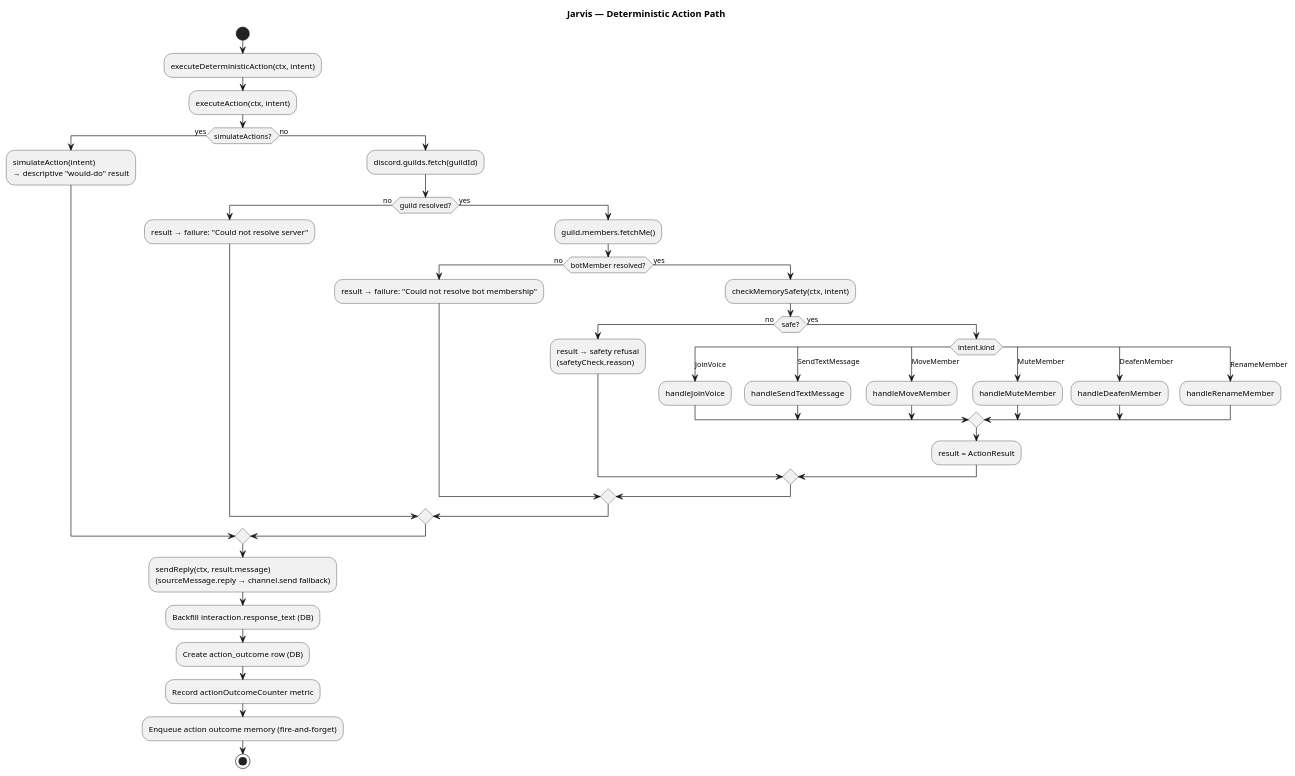
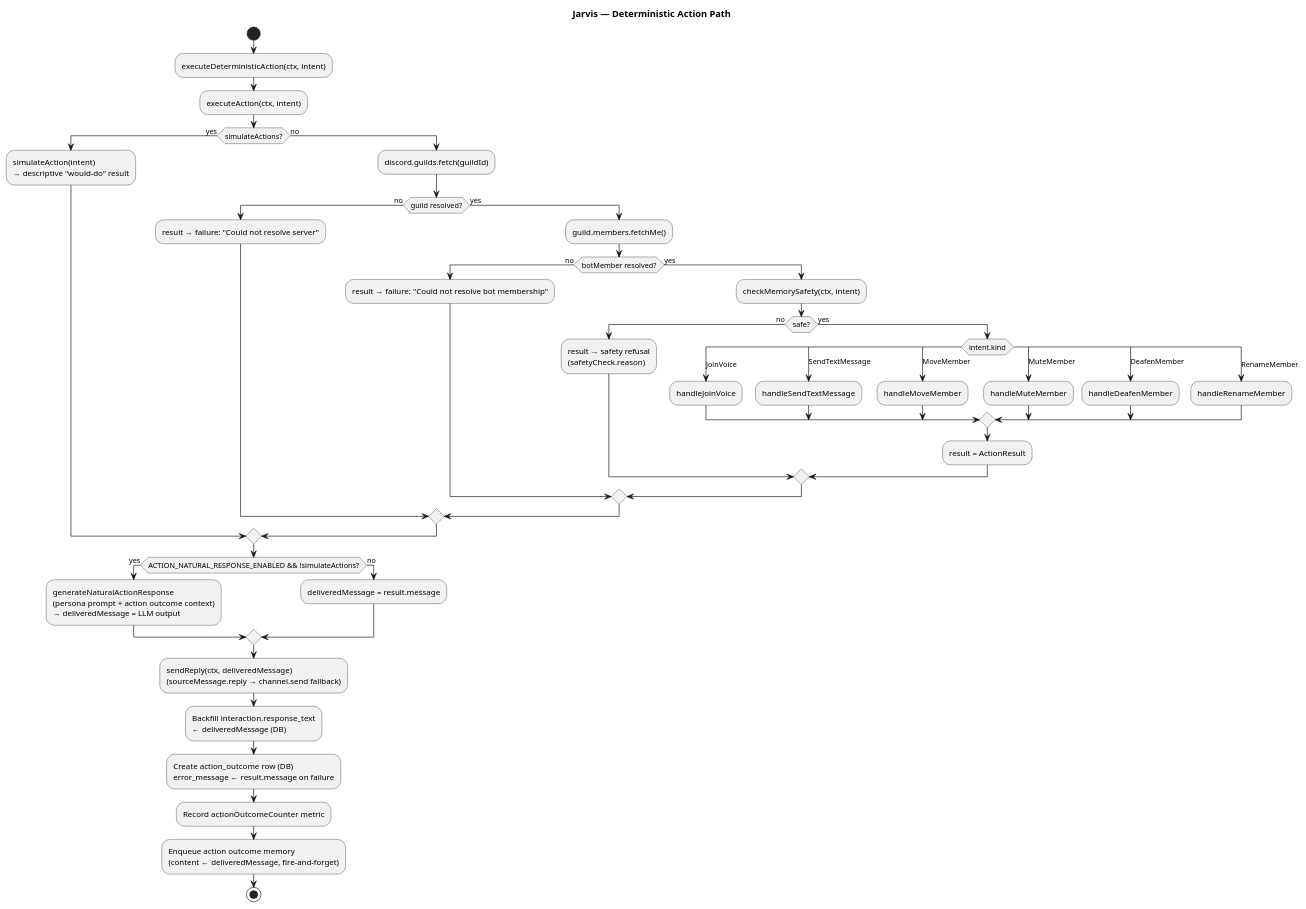
The fourth of 5 diagrams in docs/activity-diagrams.md (qriosserra/jarvis), drawn with PlantUML before and after one commit. The commit also changed 32 other files, not shown here.

First line of the commit message:
feat(interaction): add indirect detection, natural action responses, and web search capability

````diff
--- a/docs/activity-diagrams.md
+++ b/docs/activity-diagrams.md
@@ -205,56 +205,62 @@
 ```plantuml
 @startuml deterministic-action
 title Jarvis — Deterministic Action Path
 
 start
 
 :executeDeterministicAction(ctx, intent);
 
 :executeAction(ctx, intent);
 
 if (simulateActions?) then (yes)
   :simulateAction(intent)\n→ descriptive "would-do" result;
 else (no)
   :discord.guilds.fetch(guildId);
   if (guild resolved?) then (no)
     :result → failure: "Could not resolve server";
   else (yes)
     :guild.members.fetchMe();
     if (botMember resolved?) then (no)
       :result → failure: "Could not resolve bot membership";
     else (yes)
       :checkMemorySafety(ctx, intent);
       if (safe?) then (no)
         :result → safety refusal\n(safetyCheck.reason);
       else (yes)
         switch (intent.kind)
         case (JoinVoice)
           :handleJoinVoice;
         case (SendTextMessage)
           :handleSendTextMessage;
         case (MoveMember)
           :handleMoveMember;
         case (MuteMember)
           :handleMuteMember;
         case (DeafenMember)
           :handleDeafenMember;
         case (RenameMember)
           :handleRenameMember;
         endswitch
         :result = ActionResult;
       endif
     endif
   endif
 endif
 
-:sendReply(ctx, result.message)\n(sourceMessage.reply → channel.send fallback);
+if (ACTION_NATURAL_RESPONSE_ENABLED && !simulateActions?) then (yes)
+  :generateNaturalActionResponse\n(persona prompt + action outcome context)\n→ deliveredMessage = LLM output;
+else (no)
+  :deliveredMessage = result.message;
+endif
 
-:Backfill interaction.response_text (DB);
-:Create action_outcome row (DB);
+:sendReply(ctx, deliveredMessage)\n(sourceMessage.reply → channel.send fallback);
+
+:Backfill interaction.response_text\n← deliveredMessage (DB);
+:Create action_outcome row (DB)\nerror_message ← result.message on failure;
 :Record actionOutcomeCounter metric;
 
-:Enqueue action outcome memory (fire-and-forget);
+:Enqueue action outcome memory\n(content ← deliveredMessage, fire-and-forget);
 
 stop
 @enduml
 ```
````
